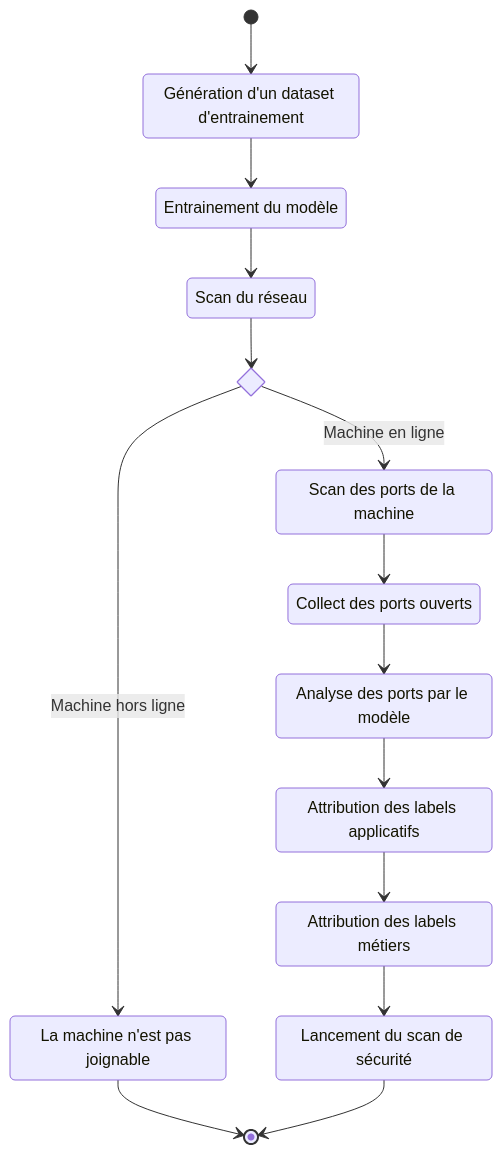
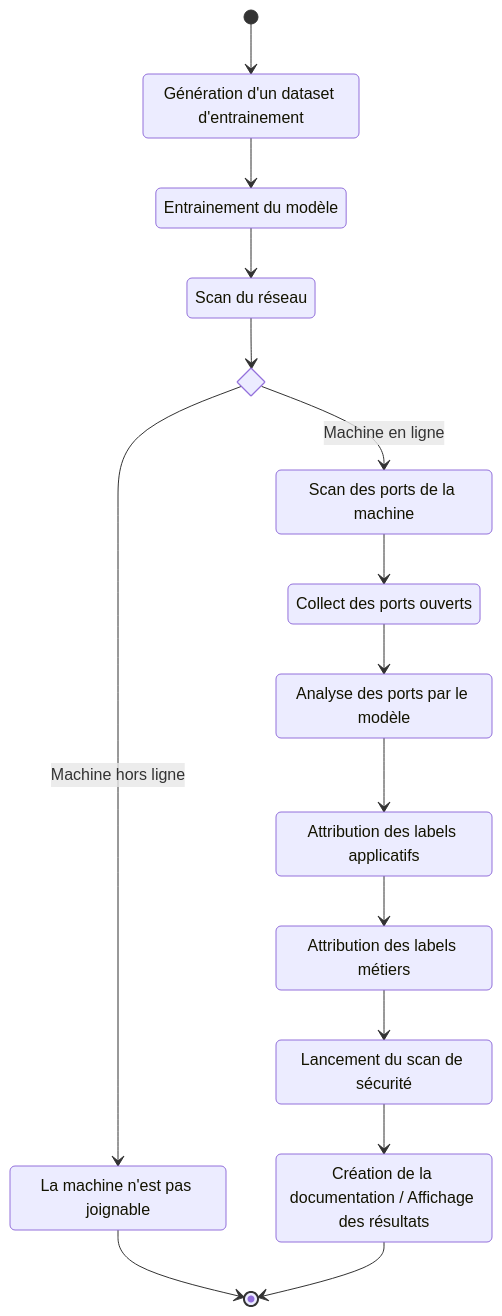
One commit to MRGoose70/Memoire changed the diagram in state_diagram.mermaid. Above: the diagram before and after it, drawn with Mermaid. The commit also changed 1 other file, not shown here.

Commit message:
docs(diagram): update state diagram to include documentation creation step

```diff
--- a/state_diagram.mermaid
+++ b/state_diagram.mermaid
@@ -1,28 +1,30 @@
 stateDiagram-v2
 
 generation: Génération d'un dataset d'entrainement
 network_scan: Scan du réseau
 port_scan: Scan des ports de la machine
 host_down: La machine n'est pas joignable
 training: Entrainement du modèle
 collect: Collect des ports ouverts
 analyze: Analyse des ports par le modèle
 app: Attribution des labels applicatifs
 work: Attribution des labels métiers
 security_scan: Lancement du scan de sécurité
+doc: Création de la documentation / Affichage des résultats
 
 state is_up <<choice>>
 
     [*] --> generation
     generation --> training
     training --> network_scan
     network_scan --> is_up
     is_up --> port_scan: Machine en ligne
     is_up --> host_down: Machine hors ligne
     host_down --> [*]
     port_scan --> collect
     collect --> analyze
     analyze --> app
     app --> work
     work --> security_scan
-    security_scan --> [*]
+    security_scan --> doc
+    doc --> [*]
```
